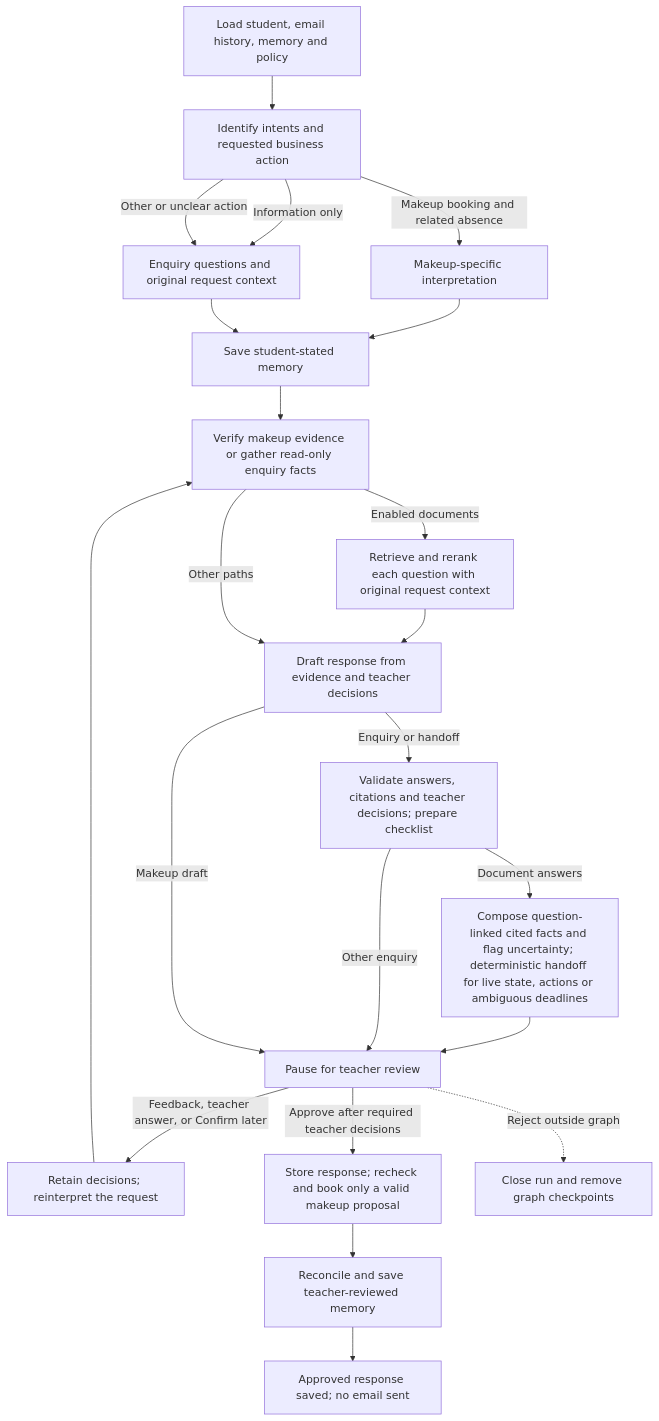
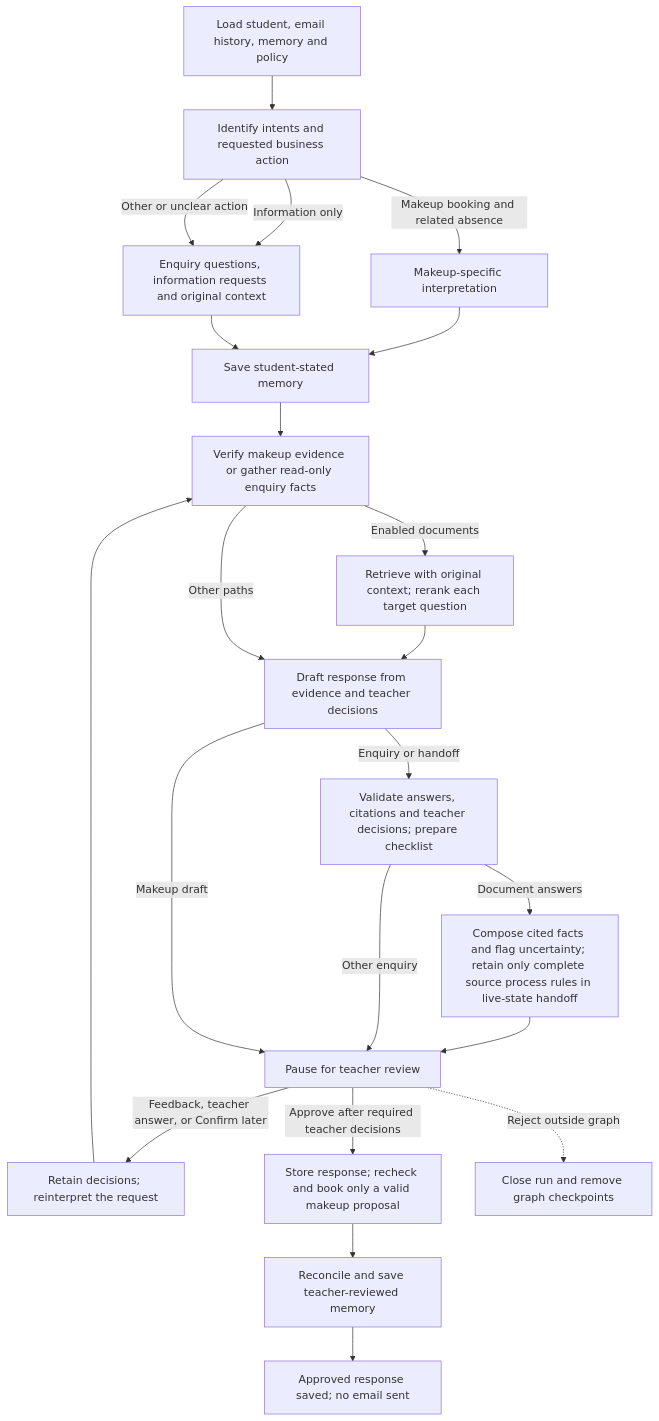
Before and after one commit to manjunjiangclara-cmyk/dance-studio-agent: the diagram in docs/03-makeup-workflow.md, drawn with Mermaid. The commit also changed other lines of this file and 5 other files, not shown here.

Commit message:
Address grounded handoff and question coverage review

````diff
--- a/docs/03-makeup-workflow.md
+++ b/docs/03-makeup-workflow.md
@@ -7,24 +7,24 @@
 ```mermaid
 flowchart TD
     A[Load student, email history, memory and policy] --> R[Identify intents and requested business action]
     R -->|Makeup booking and related absence| B[Makeup-specific interpretation]
-    R -->|Information only| X[Enquiry questions and original request context]
+    R -->|Information only| X[Enquiry questions, information requests and original context]
     R -->|Other or unclear action| X
     B --> C[Save student-stated memory]
     X --> C
     C --> D[Verify makeup evidence or gather read-only enquiry facts]
-    D -->|Enabled documents| D1[Retrieve and rerank each question with original request context]
+    D -->|Enabled documents| D1[Retrieve with original context; rerank each target question]
     D1 --> E[Draft response from evidence and teacher decisions]
     D -->|Other paths| E
     E -->|Enquiry or handoff| K["Validate answers, citations and teacher decisions; prepare checklist"]
-    K -->|Document answers| K1["Compose question-linked cited facts and flag uncertainty; deterministic handoff for live state, actions or ambiguous deadlines"]
+    K -->|Document answers| K1["Compose cited facts and flag uncertainty; retain only complete source process rules in live-state handoff"]
     K1 --> F[Pause for teacher review]
     K -->|Other enquiry| F
     E -->|Makeup draft| F
     F -->|Feedback, teacher answer, or Confirm later| V[Retain decisions; reinterpret the request]
     V --> D
     F -->|Approve after required teacher decisions| G[Store response; recheck and book only a valid makeup proposal]
     G --> H[Reconcile and save teacher-reviewed memory]
     H --> J[Approved response saved; no email sent]
     F -.->|Reject outside graph| I[Close run and remove graph checkpoints]
 ```
````
